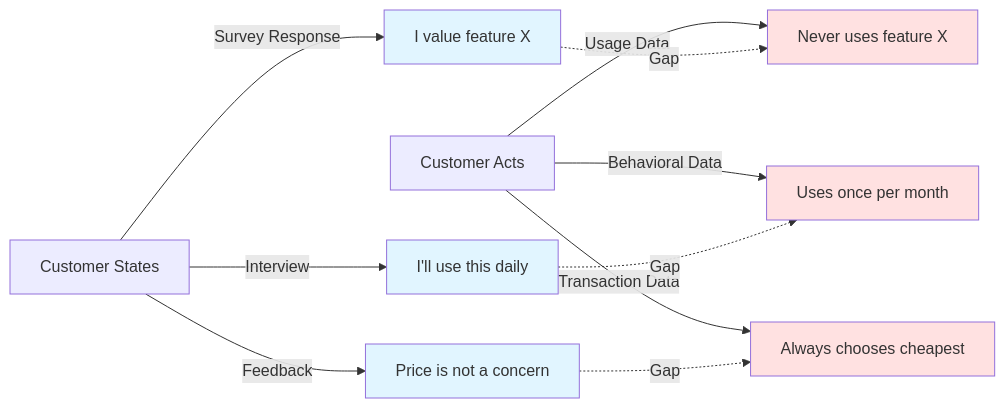
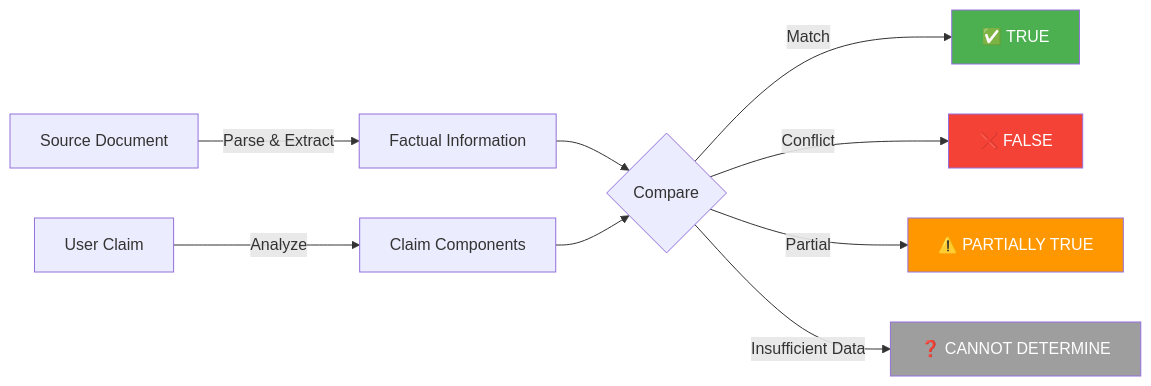
One commit to Krish-Om/contradiction-detection-system changed the first of 20 diagrams in docs/01_conceptual_framework.md. Above: the diagram before and after it, drawn with Mermaid. The commit also changed other lines of this file and 5 other files, not shown here.

````diff
--- a/docs/01_conceptual_framework.md
+++ b/docs/01_conceptual_framework.md
@@ -19,21 +24,18 @@
 ```mermaid
 graph LR
-    A[Customer States] -->|Survey Response| B["I value feature X"]
-    A -->|Interview| C["I'll use this daily"]
-    A -->|Feedback| D["Price is not a concern"]
-    
-    E[Customer Acts] -->|Usage Data| F["Never uses feature X"]
-    E -->|Behavioral Data| G["Uses once per month"]
-    E -->|Transaction Data| H["Always chooses cheapest"]
-    
-    B -.->|Gap| F
-    C -.->|Gap| G
-    D -.->|Gap| H
-    
-    style B fill:#e1f5ff
-    style C fill:#e1f5ff
-    style D fill:#e1f5ff
-    style F fill:#ffe1e1
-    style G fill:#ffe1e1
-    style H fill:#ffe1e1
+    A[Source Document] -->|Parse & Extract| B[Factual Information]
+    C[User Claim] -->|Analyze| D[Claim Components]
+
+    B --> E{Compare}
+    D --> E
+
+    E -->|Match| F[✅ TRUE]
+    E -->|Conflict| G[❌ FALSE]
+    E -->|Partial| H[⚠️ PARTIALLY TRUE]
+    E -->|Insufficient Data| I[❓ CANNOT DETERMINE]
+
+    style F fill:#4caf50,color:#fff
+    style G fill:#f44336,color:#fff
+    style H fill:#ff9800,color:#fff
+    style I fill:#9e9e9e,color:#fff
 ```
````
